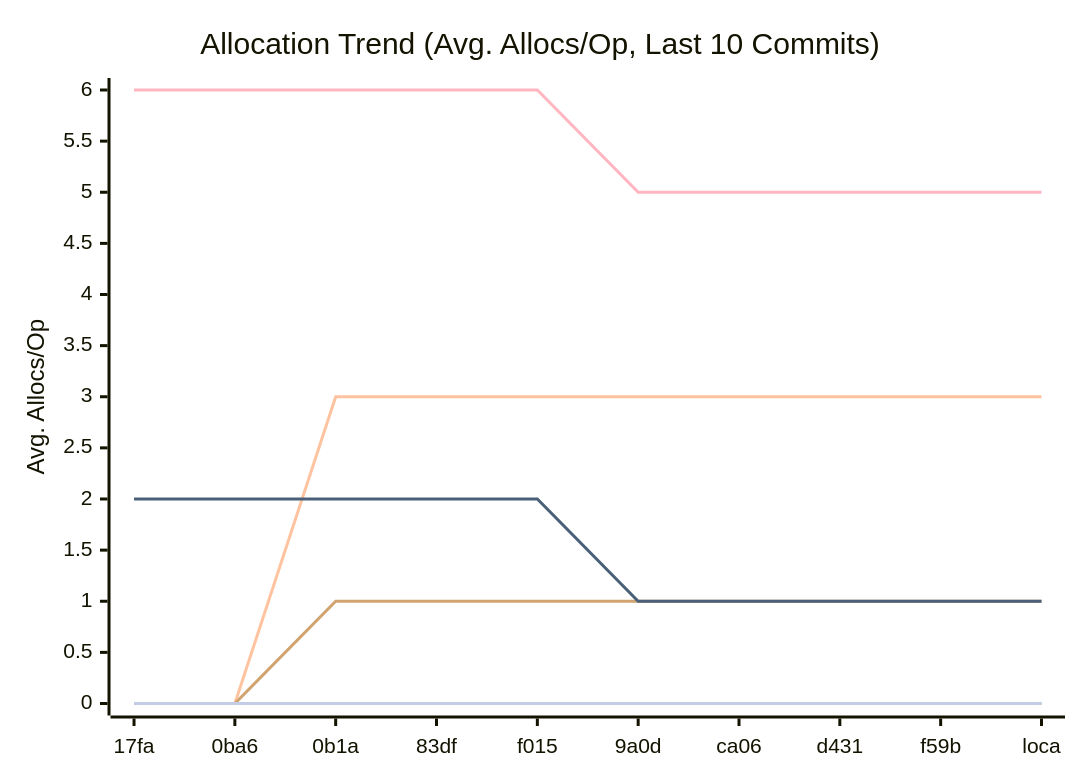
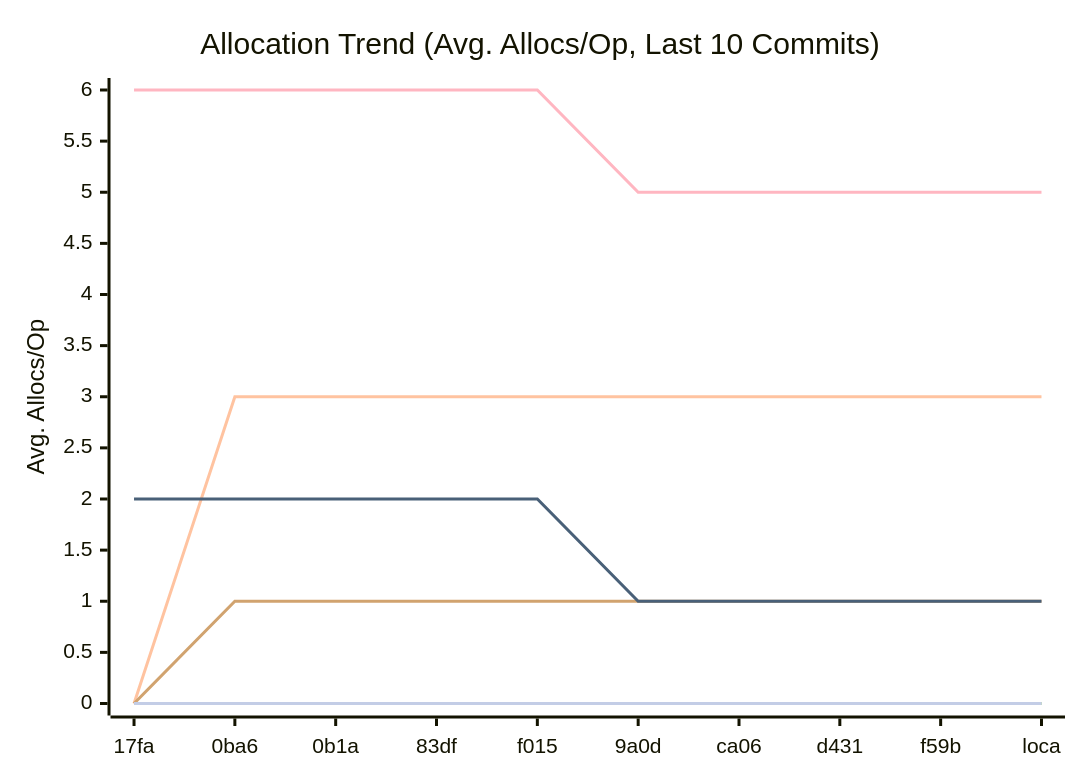
Before and after one commit to alsotoes/momo: the third of 3 diagrams in docs/PERFORMANCE.md, drawn with Mermaid. The commit also changed other lines of this file and 2 other files, not shown here.

````diff
--- a/docs/PERFORMANCE.md
+++ b/docs/PERFORMANCE.md
@@ -114,16 +114,16 @@
 ```mermaid
 xychart-beta
     title "Allocation Trend (Avg. Allocs/Op, Last 10 Commits)"
     x-axis "Commit"
     y-axis "Avg. Allocs/Op"
     x-axis [17fa,0ba6,0b1a,83df,f015,9a0d,ca06,d431,f59b,loca]
     line "CheckMetricsAndSwap" [0,0,0,0,0,0,0,0,0,0]
     line "CrushOptimized" [0,0,0,0,0,0,0,0,0,0]
-    line "CrushOriginal" [0,0,3,3,3,3,3,3,3,3]
+    line "CrushOriginal" [0,3,3,3,3,3,3,3,3,3]
     line "IndexDirectTracking" [0,0,0,0,0,0,0,0,0,0]
     line "IndexSearch" [0,0,0,0,0,0,0,0,0,0]
-    line "LoadGlobalConfig" [0,0,1,1,1,1,1,1,1,1]
+    line "LoadGlobalConfig" [0,1,1,1,1,1,1,1,1,1]
     line "PadString" [0,0,0,0,0,0,0,0,0,0]
     line "ParseReplicationOrder_NoPrealloc" [6,6,6,6,6,5,5,5,5,5]
     line "ParseReplicationOrder_Prealloc" [2,2,2,2,2,1,1,1,1,1]
 ```
````
